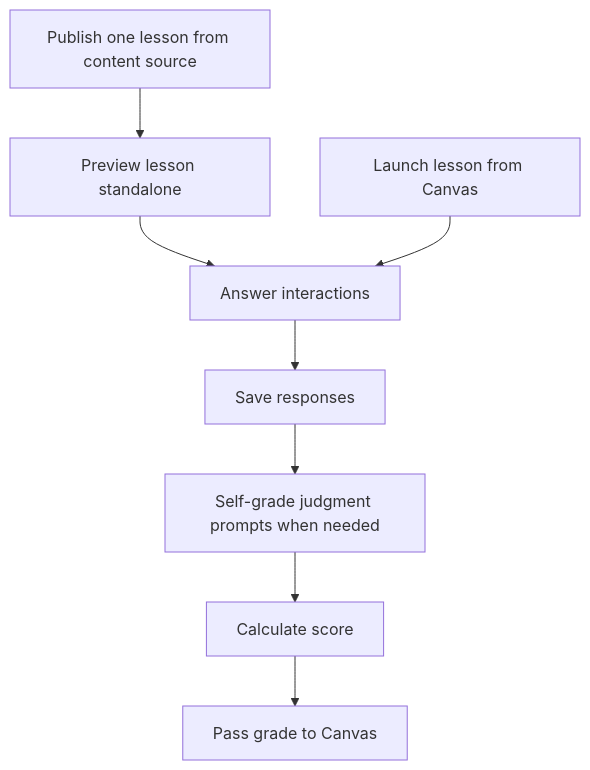
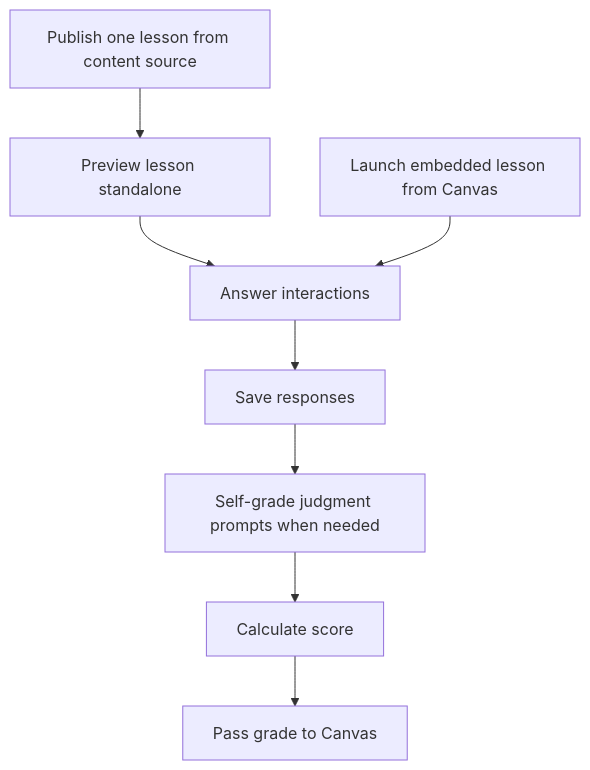
The eighth of 8 diagrams in docs/design/use-cases.md (learn-database/workbook-platform), drawn with Mermaid before and after one commit. The commit also changed other lines of this file and 4 other files, not shown here.

Commit message:
Document Canvas embedded LTI delivery

````diff
--- a/docs/design/use-cases.md
+++ b/docs/design/use-cases.md
@@ -163,19 +164,19 @@
 ```mermaid
 flowchart TB
     A[Publish one lesson from content source]
     B[Preview lesson standalone]
-    C[Launch lesson from Canvas]
+    C[Launch embedded lesson from Canvas]
     D[Answer interactions]
     E[Save responses]
     F[Self-grade judgment prompts when needed]
     G[Calculate score]
     H[Pass grade to Canvas]
 
     A --> B
     B --> D
     C --> D
     D --> E
     E --> F
     F --> G
     G --> H
 ```
````
